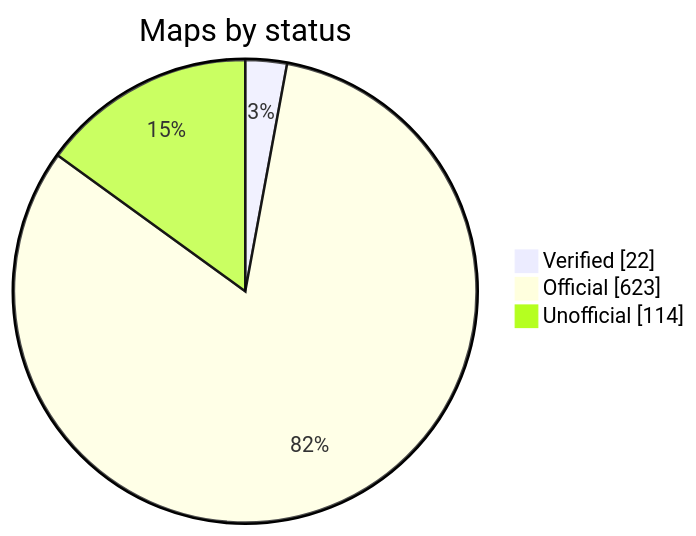
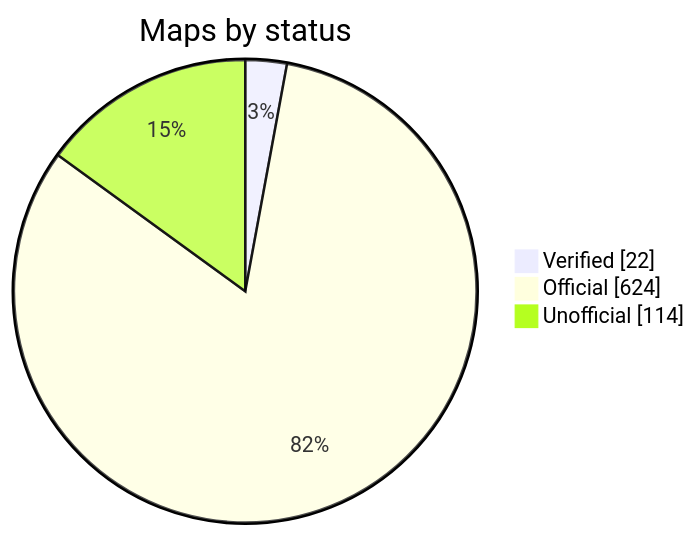
One commit to nobrega8/mbmap-library changed the diagram in README.md. Above: the diagram before and after it, drawn with Mermaid. The commit also changed 6 other files, not shown here.

````diff
--- a/README.md
+++ b/README.md
@@ -52,7 +52,7 @@
 ```mermaid
 pie showData
     title Maps by status
     "Verified" : 22
-    "Official" : 623
+    "Official" : 624
     "Unofficial" : 114
 ```
````
